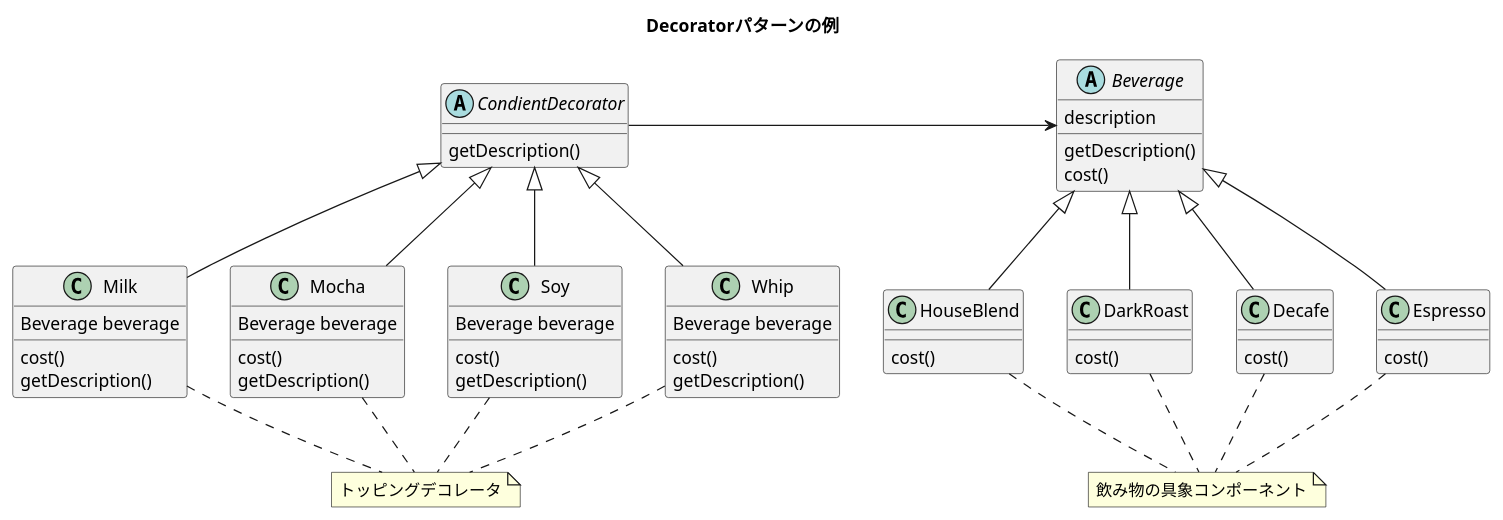
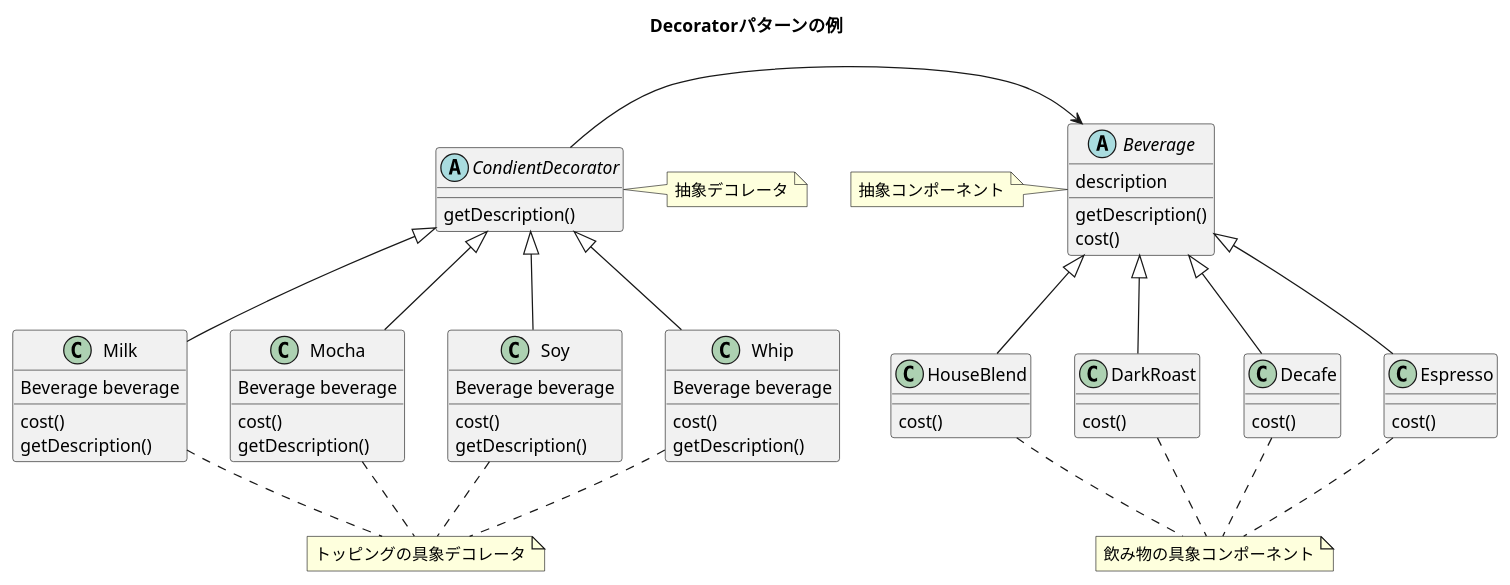
The diagram in decorator/uml/decorator.puml (kyamashiro/head-first-design-pattern), drawn with PlantUML before and after one commit. The commit also changed 2 other files, not shown here.

```diff
--- a/decorator/uml/decorator.puml
+++ b/decorator/uml/decorator.puml
@@ -1,84 +1,92 @@
 @startuml
 
 title Decoratorパターンの例
 
 abstract class Beverage {
     description
     getDescription()
     cost()
 }
 
+note left
+ 抽象コンポーネント
+end note
+
 abstract CondientDecorator {
     getDescription()
 }
+
+note right
+ 抽象デコレータ
+end note
 
 class HouseBlend {
     cost()
 }
 
 class DarkRoast {
     cost()
 }
 
 class Decafe {
     cost()
 }
 
 class Espresso {
     cost()
 }
 
 note as Component
 飲み物の具象コンポーネント
 end note
 
 class Milk {
     Beverage beverage
     cost()
     getDescription()
 }
 
 class Mocha {
     Beverage beverage
     cost()
     getDescription()
 }
 
 class Soy {
     Beverage beverage
     cost()
     getDescription()
 }
 
 class Whip {
     Beverage beverage
     cost()
     getDescription()
 }
 
 note as Decorator
-トッピングデコレータ
+トッピングの具象デコレータ
 end note
 
 HouseBlend.. Component
 DarkRoast .. Component
 Decafe .. Component
 Espresso .. Component
 
 Milk.. Decorator
 Mocha.. Decorator
 Whip.. Decorator
 Soy.. Decorator
 
 Beverage <-left- CondientDecorator
 CondientDecorator <|-- Milk
 CondientDecorator <|-- Mocha
 CondientDecorator <|-- Whip
 CondientDecorator <|-- Soy
 
 Beverage <|-- HouseBlend
 Beverage <|-- DarkRoast
 Beverage <|-- Decafe
 Beverage <|-- Espresso
 
 @enduml
```
